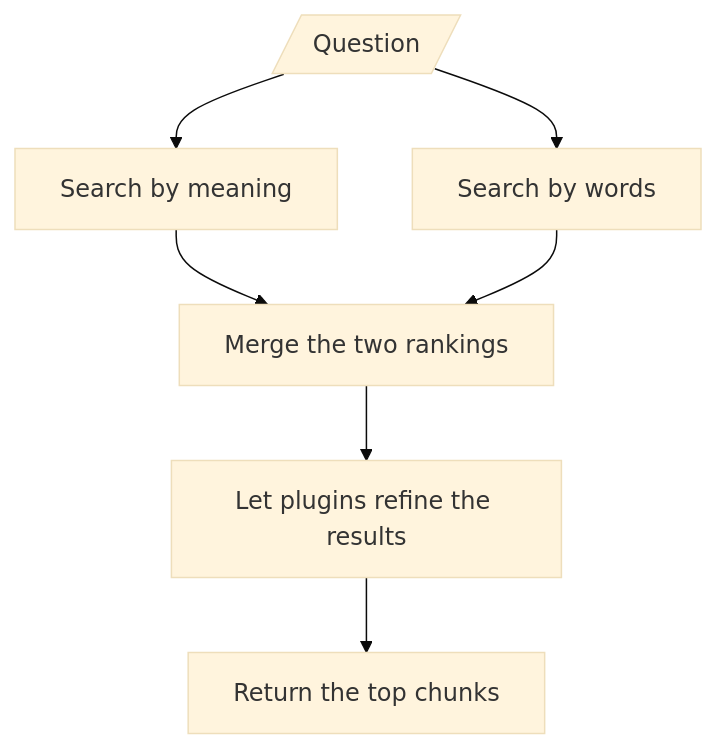
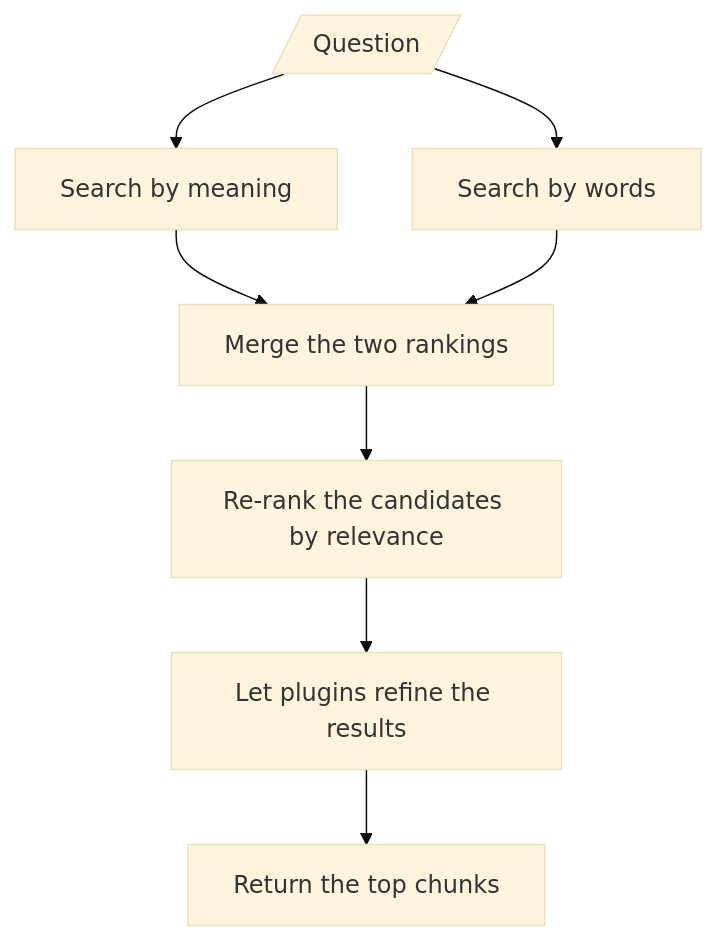
The third of 5 diagrams in README.md (kylehue/agentic-rag), drawn with Mermaid (base theme) before and after one commit. The commit also changed other lines of this file and 8 other files, not shown here.

````diff
--- a/README.md
+++ b/README.md
@@ -202,9 +203,10 @@
 ```mermaid
 flowchart TD
     Q[/Question/] --> A["Search by meaning"]
     Q --> B["Search by words"]
     A --> C["Merge the two rankings"]
     B --> C
-    C --> D["Let plugins refine the results"]
+    C --> R["Re-rank the candidates by relevance"]
+    R --> D["Let plugins refine the results"]
     D --> E["Return the top chunks"]
 ```
````
